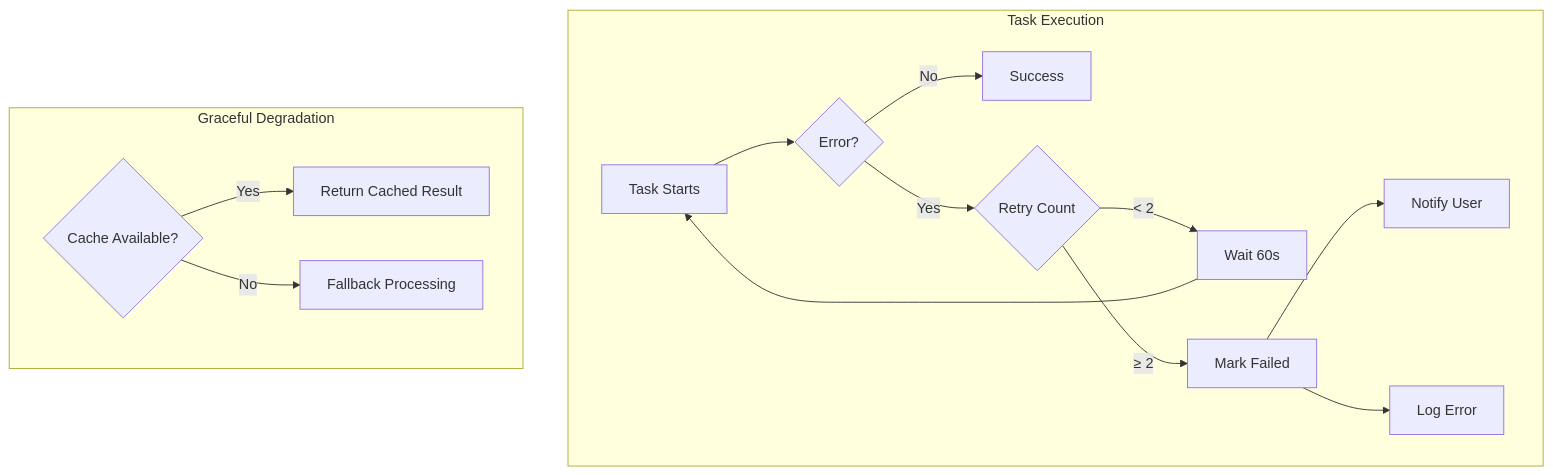
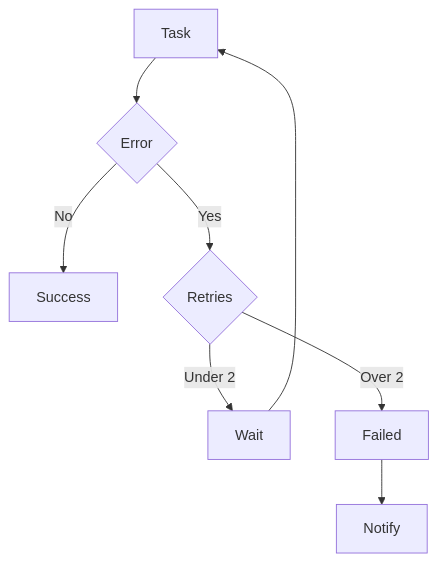
Before and after one commit to NischayJoshi/EvalX: diagram 11 of 16 in README.md, drawn with Mermaid. The commit also changed other lines of this file, not shown here.

Commit message:
fix: Simplify all broken Mermaid diagrams - Remove User Journey (not rendering well) - Simplify WebSocket, Docker, Error Recovery diagrams - Replace Health Monitoring with table - Simplify PPT, GitHub, Interview module diagrams - Fix Domain Evaluators and Analytics with tables

````diff
--- a/README.md
+++ b/README.md
@@ -566,19 +509,8 @@
 ```mermaid
 graph TD
-    subgraph "Task Execution"
-        T[Task Starts] --> E{Error?}
-        E -->|No| S[Success]
-        E -->|Yes| R{Retry Count}
-        R -->|< 2| W[Wait 60s]
-        W --> T
-        R -->|≥ 2| F[Mark Failed]
-        F --> N[Notify User]
-        F --> L[Log Error]
-    end
-    
-    subgraph "Graceful Degradation"
-        C{Cache Available?}
-        C -->|Yes| CR[Return Cached Result]
-        C -->|No| FP[Fallback Processing]
-    end
+    T[Task] --> E{Error}
+    E -->|No| S[Success]
+    E -->|Yes| R{Retries}
+    R -->|Under 2| W[Wait] --> T
+    R -->|Over 2| F[Failed] --> N[Notify]
 ```
````
